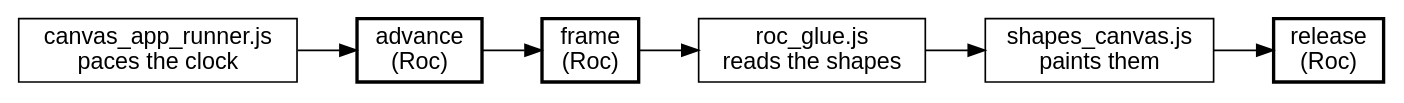
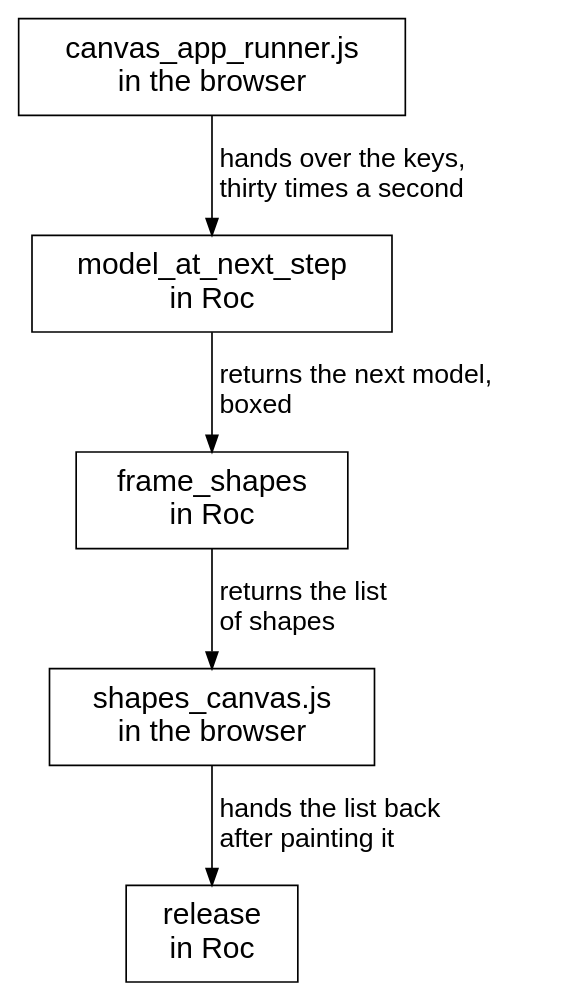
One commit to showell/roc-apps changed diagram 17 of 24 in canvas_apps/safari/tutorial/tutorial.md. Above: the diagram before and after it, drawn with Graphviz. The commit also changed other lines of this file and 4 other files, not shown here.

````diff
--- a/canvas_apps/safari/tutorial/tutorial.md
+++ b/canvas_apps/safari/tutorial/tutorial.md
@@ -2878,13 +2635,18 @@
 ```dot
 digraph one_tick {
-  rankdir=LR;
-  node [shape=box, fontname="Helvetica"];
-  pace [label="canvas_app_runner.js\npaces the clock"];
-  advance [label="advance\n(Roc)", style=bold];
-  frame [label="frame\n(Roc)", style=bold];
-  read [label="roc_glue.js\nreads the shapes"];
-  paint [label="shapes_canvas.js\npaints them"];
-  release [label="release\n(Roc)", style=bold];
-  pace -> advance -> frame -> read -> paint -> release;
+  rankdir=TB;
+  nodesep=0.6;
+  ranksep=0.5;
+  node [shape=box, fontname="Helvetica", fontsize=18, margin="0.25,0.12"];
+  edge [fontname="Helvetica", fontsize=16];
+  runner [label="canvas_app_runner.js\nin the browser"];
+  step [label="model_at_next_step\nin Roc"];
+  frame [label="frame_shapes\nin Roc"];
+  paint [label="shapes_canvas.js\nin the browser"];
+  release [label="release\nin Roc"];
+  runner -> step [label="  hands over the keys,\l  thirty times a second\l"];
+  step -> frame [label="  returns the next model,\l  boxed\l"];
+  frame -> paint [label="  returns the list\l  of shapes\l"];
+  paint -> release [label="  hands the list back\l  after painting it\l"];
 }
 ```
````
